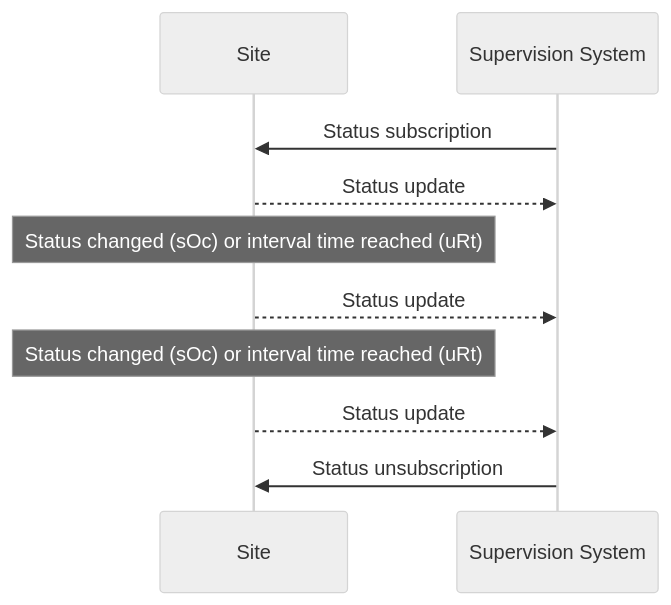
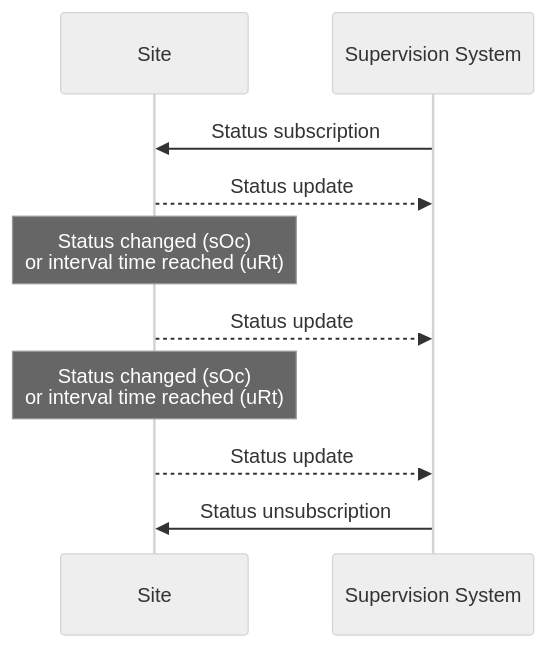
Before and after one commit to rsmp-nordic/rsmp_core: diagram 11 of 16 in pages/applicability/basic_structure.md, drawn with Mermaid (neutral theme). The commit also changed other lines of this file and 5 other files, not shown here.

````diff
--- a/pages/applicability/basic_structure.md
+++ b/pages/applicability/basic_structure.md
@@ -994,12 +994,12 @@
 ```mermaid
 sequenceDiagram
     participant A as Site
     participant B as Supervision System
     B->>A: Status subscription
     A-->>B: Status update
-    Note over A: Status changed (sOc) or interval time reached (uRt)
+    Note over A: Status changed (sOc)<br/>or interval time reached (uRt)
     A-->>B: Status update
-    Note over A: Status changed (sOc) or interval time reached (uRt)
+    Note over A: Status changed (sOc)<br/>or interval time reached (uRt)
     A-->>B: Status update
     B->>A: Status unsubscription
 ```
````
